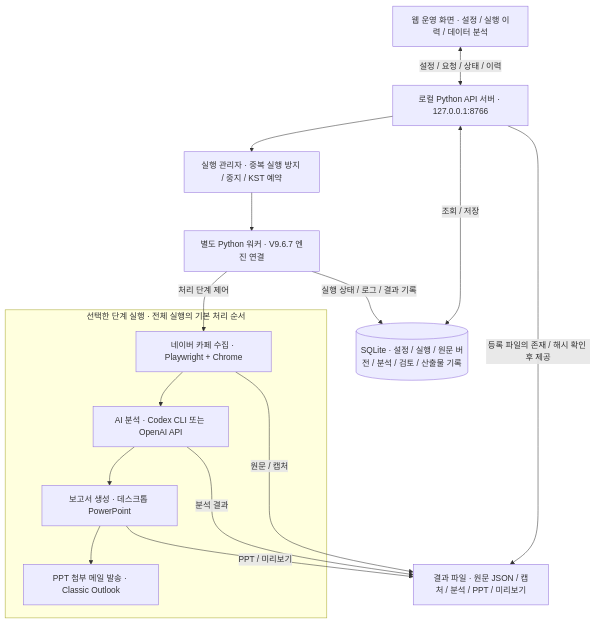
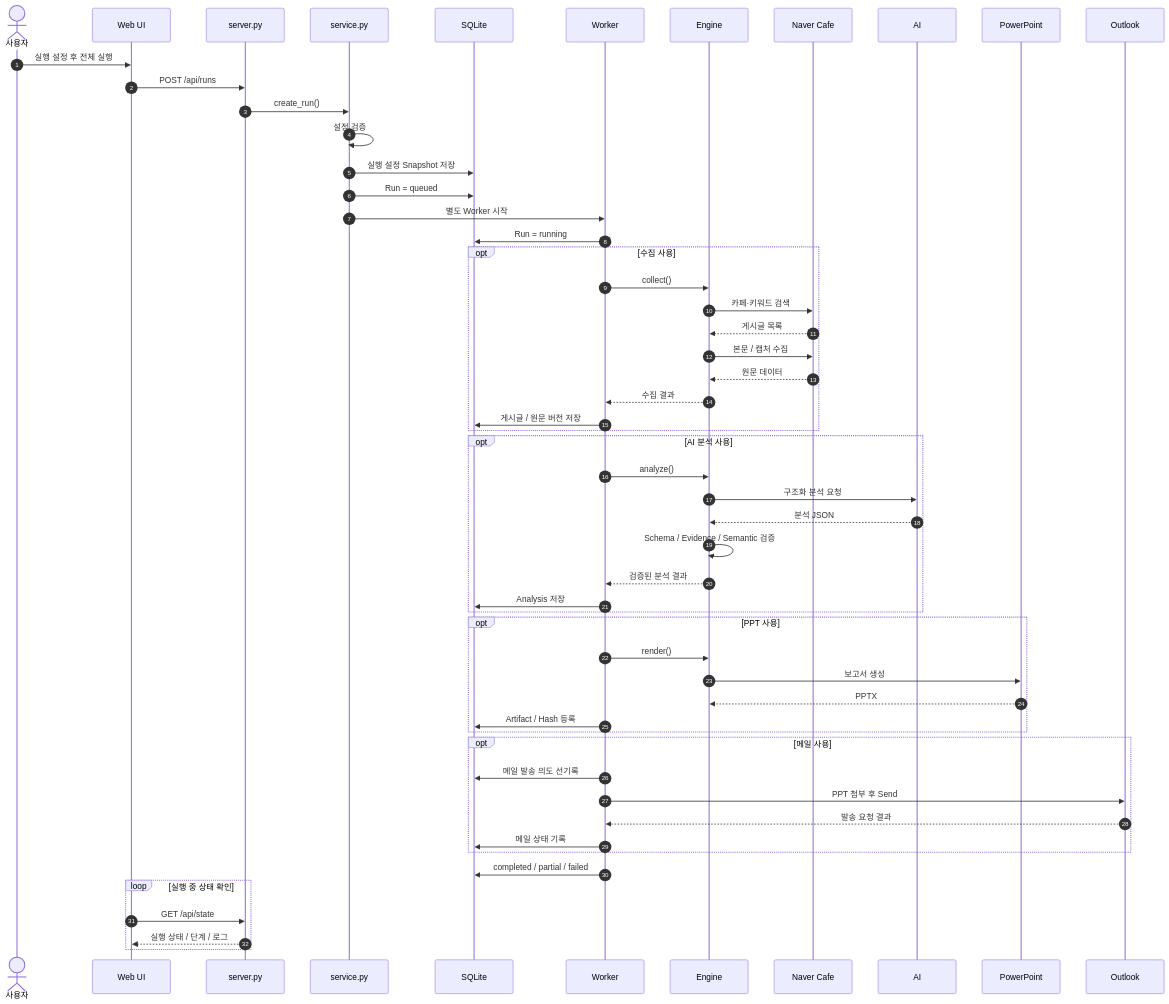
Before and after one commit to zidudu/26_-AI-: the third of 16 diagrams in 20261001_cafe_monitoring_v1.0/README.md, drawn with Mermaid. The commit also changed other lines of this file, not shown here.

Commit message:
docs: rewrite cafe monitoring v1.0 README with architecture diagrams

````diff
--- a/20261001_cafe_monitoring_v1.0/README.md
+++ b/20261001_cafe_monitoring_v1.0/README.md
@@ -28,27 +160,67 @@
 ```mermaid
-flowchart TD
-    UI["웹 운영 화면 · 설정 / 실행 이력 / 데이터 분석"]
-    API["로컬 Python API 서버 · 127.0.0.1:8766"]
-    JOB["실행 관리자 · 중복 실행 방지 / 중지 / KST 예약"]
-    WORKER["별도 Python 워커 · V9.6.7 엔진 연결"]
-    DB[("SQLite · 설정 / 실행 / 원문 버전 / 분석 / 검토 / 산출물 기록")]
-    FILES["결과 파일 · 원문 JSON / 캡처 / 분석 / PPT / 미리보기"]
+sequenceDiagram
+    autonumber
 
-    subgraph PIPE["선택한 단계 실행 · 전체 실행의 기본 처리 순서"]
-        COLLECT["네이버 카페 수집 · Playwright + Chrome"]
-        AI["AI 분석 · Codex CLI 또는 OpenAI API"]
-        PPT["보고서 생성 · 데스크톱 PowerPoint"]
-        MAIL["PPT 첨부 메일 발송 · Classic Outlook"]
-        COLLECT --> AI --> PPT --> MAIL
+    actor USER as 사용자
+    participant UI as Web UI
+    participant API as server.py
+    participant SVC as service.py
+    participant DB as SQLite
+    participant W as Worker
+    participant ENG as Engine
+    participant NAVER as Naver Cafe
+    participant AI as AI
+    participant PPT as PowerPoint
+    participant MAIL as Outlook
+
+    USER->>UI: 실행 설정 후 전체 실행
+    UI->>API: POST /api/runs
+    API->>SVC: create_run()
+
+    SVC->>SVC: 설정 검증
+    SVC->>DB: 실행 설정 Snapshot 저장
+    SVC->>DB: Run = queued
+    SVC->>W: 별도 Worker 시작
+
+    W->>DB: Run = running
+
+    opt 수집 사용
+        W->>ENG: collect()
+        ENG->>NAVER: 카페·키워드 검색
+        NAVER-->>ENG: 게시글 목록
+        ENG->>NAVER: 본문 / 캡처 수집
+        NAVER-->>ENG: 원문 데이터
+        ENG-->>W: 수집 결과
+        W->>DB: 게시글 / 원문 버전 저장
     end
 
-    UI <-->|"설정 / 요청 / 상태 / 이력"| API
-    API <-->|"조회 / 저장"| DB
-    API --> JOB --> WORKER
-    WORKER -->|"처리 단계 제어"| COLLECT
-    WORKER -->|"실행 상태 / 로그 / 결과 기록"| DB
-    COLLECT -->|"원문 / 캡처"| FILES
-    AI -->|"분석 결과"| FILES
-    PPT -->|"PPT / 미리보기"| FILES
-    API -->|"등록 파일의 존재 / 해시 확인 후 제공"| FILES
+    opt AI 분석 사용
+        W->>ENG: analyze()
+        ENG->>AI: 구조화 분석 요청
+        AI-->>ENG: 분석 JSON
+        ENG->>ENG: Schema / Evidence / Semantic 검증
+        ENG-->>W: 검증된 분석 결과
+        W->>DB: Analysis 저장
+    end
+
+    opt PPT 사용
+        W->>ENG: render()
+        ENG->>PPT: 보고서 생성
+        PPT-->>ENG: PPTX
+        W->>DB: Artifact / Hash 등록
+    end
+
+    opt 메일 사용
+        W->>DB: 메일 발송 의도 선기록
+        W->>MAIL: PPT 첨부 후 Send
+        MAIL-->>W: 발송 요청 결과
+        W->>DB: 메일 상태 기록
+    end
+
+    W->>DB: completed / partial / failed
+
+    loop 실행 중 상태 확인
+        UI->>API: GET /api/state
+        API-->>UI: 실행 상태 / 단계 / 로그
+    end
 ```
````
